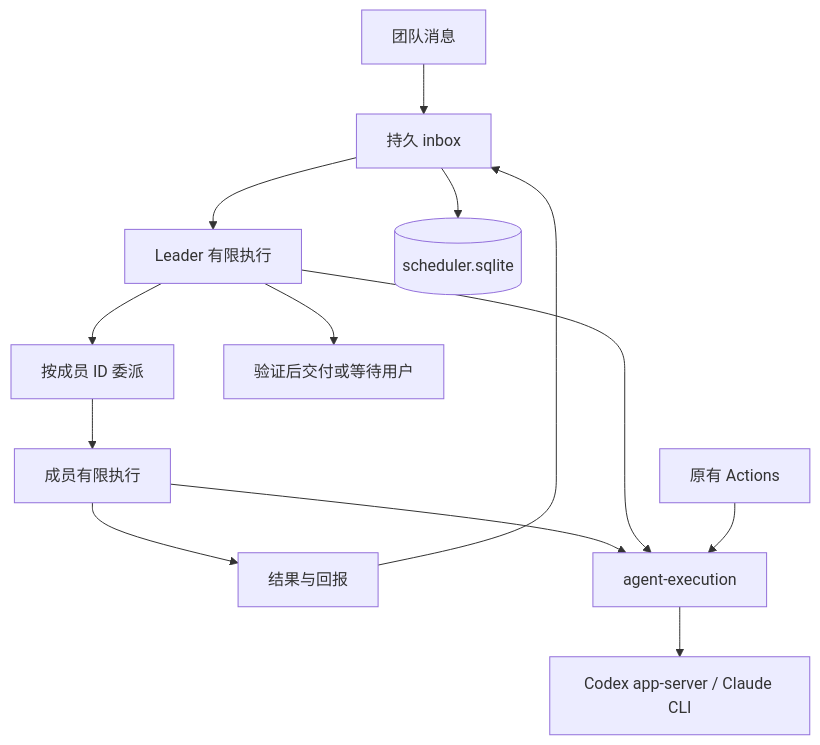
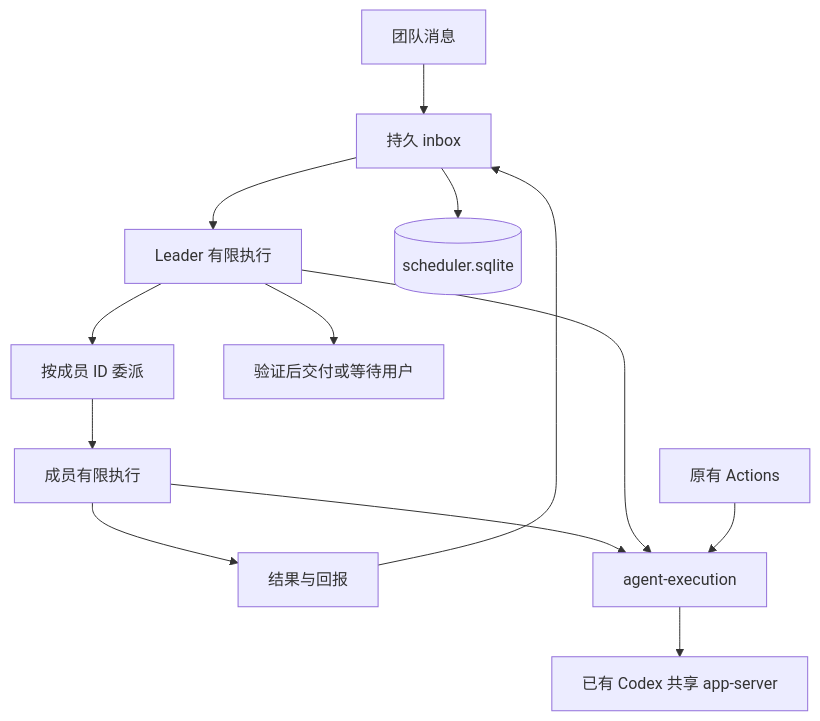
One commit to joisun/tako changed the diagram in docs/agent-loop.md. Above: the diagram before and after it, drawn with Mermaid. The commit also changed other lines of this file and 2 other files, not shown here.

````diff
--- a/docs/agent-loop.md
+++ b/docs/agent-loop.md
@@ -110,15 +110,15 @@
 ```mermaid
 flowchart TD
   Chat[团队消息] --> Inbox[持久 inbox]
   Inbox --> Leader[Leader 有限执行]
   Leader --> Delegate[按成员 ID 委派]
   Delegate --> Member[成员有限执行]
   Member --> Result[结果与回报]
   Result --> Inbox
   Leader --> Delivery[验证后交付或等待用户]
   Inbox --> DB[(scheduler.sqlite)]
   Member --> Driver[agent-execution]
   Leader --> Driver
   Actions[原有 Actions] --> Driver
-  Driver --> Native[Codex app-server / Claude CLI]
+  Driver --> Native[已有 Codex 共享 app-server]
 ```
````
